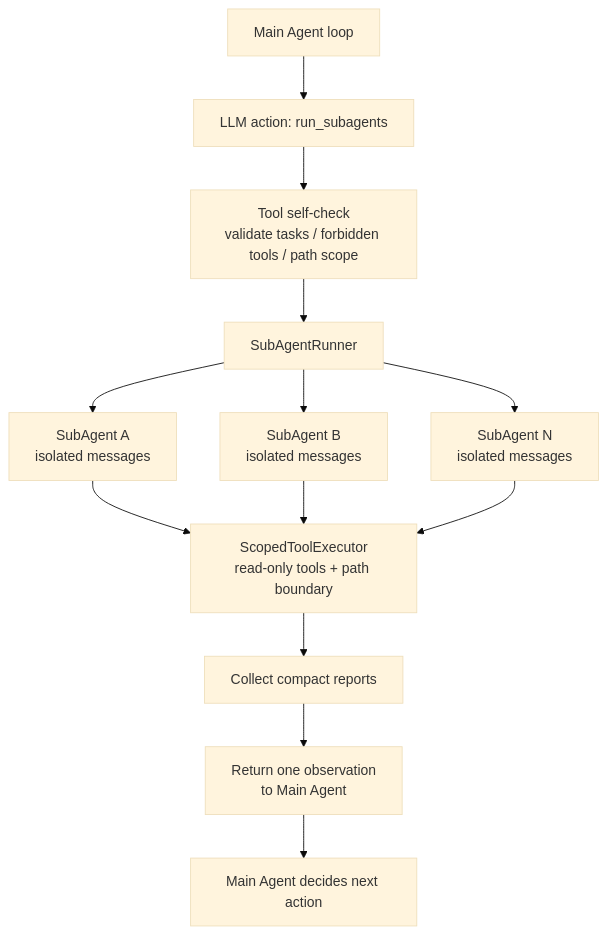
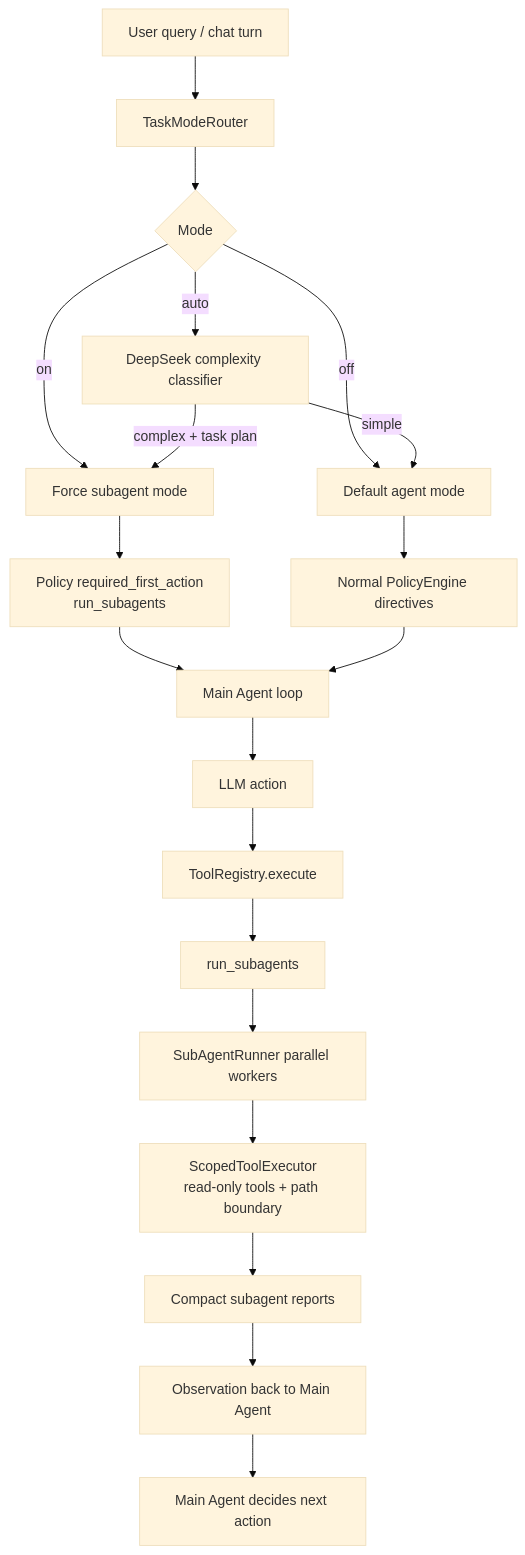
Before and after one commit to Cachuela11/MiniCode: the fourth of 15 diagrams in README.md, drawn with Mermaid (base theme). The commit also changed other lines of this file and 8 other files, not shown here.

````diff
--- a/README.md
+++ b/README.md
@@ -187,15 +187,22 @@
 ```mermaid
 flowchart TD
-    A[Main Agent loop] --> B[LLM action: run_subagents]
-    B --> C[Tool self-check<br/>validate tasks / forbidden tools / path scope]
-    C --> D[SubAgentRunner]
-    D --> E1[SubAgent A<br/>isolated messages]
-    D --> E2[SubAgent B<br/>isolated messages]
-    D --> E3[SubAgent N<br/>isolated messages]
-    E1 --> F[ScopedToolExecutor<br/>read-only tools + path boundary]
-    E2 --> F
-    E3 --> F
-    F --> G[Collect compact reports]
-    G --> H[Return one observation<br/>to Main Agent]
-    H --> I[Main Agent decides next action]
+    A[User query / chat turn] --> B[TaskModeRouter]
+    B --> C{Mode}
+    C -->|off| D[Default agent mode]
+    C -->|on| E[Force subagent mode]
+    C -->|auto| F[DeepSeek complexity classifier]
+    F -->|simple| D
+    F -->|complex + task plan| E
+    E --> G[Policy required_first_action<br/>run_subagents]
+    D --> H[Normal PolicyEngine directives]
+    G --> I[Main Agent loop]
+    H --> I
+    I --> J[LLM action]
+    J --> K[ToolRegistry.execute]
+    K --> L[run_subagents]
+    L --> M[SubAgentRunner parallel workers]
+    M --> N[ScopedToolExecutor<br/>read-only tools + path boundary]
+    N --> O[Compact subagent reports]
+    O --> P[Observation back to Main Agent]
+    P --> Q[Main Agent decides next action]
 ```
````
